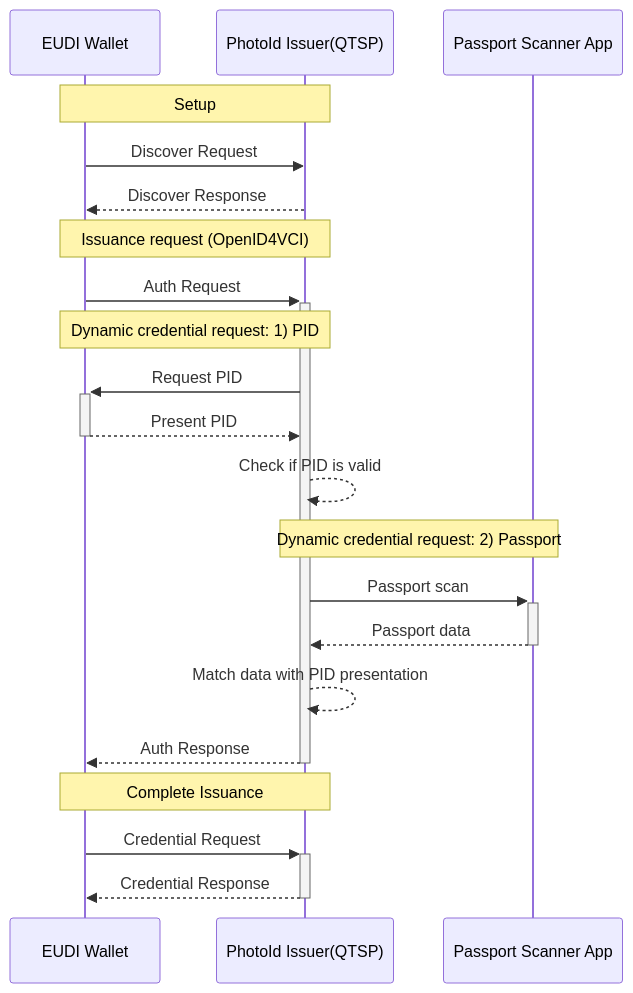
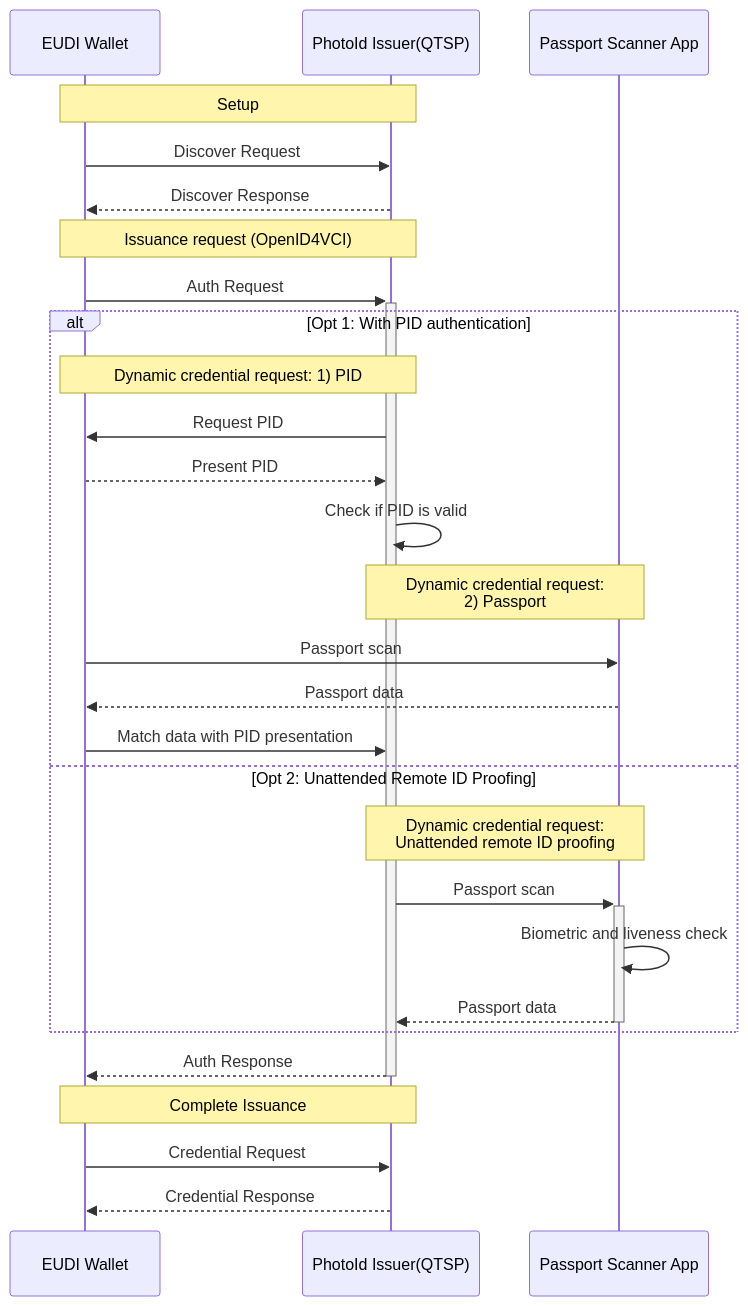
The diagram in ewc-rfc013-issue-photoid.md (EWC-consortium/eudi-wallet-rfcs), drawn with Mermaid before and after one commit. The commit also changed other lines of this file, not shown here.

Commit message:
Updated diagram and removed detailed one.

````diff
--- a/ewc-rfc013-issue-photoid.md
+++ b/ewc-rfc013-issue-photoid.md
@@ -147,32 +147,34 @@
 ```mermaid
 sequenceDiagram
-
-    participant W as EUDI Wallet
-    participant IS as PhotoId Issuer(QTSP)
-    participant PS as Passport Scanner App
+    participant Wallet as EUDI Wallet
+    participant Issuer as PhotoId Issuer(QTSP)
+    participant Scanner as Passport Scanner App
     
-    Note over W,IS: Setup
-
-    W->>IS: Discover Request
-    IS-->>W: Discover Response
-
-   
-    Note over W,IS: Issuance request (OpenID4VCI)
-    W->>+IS: Auth Request 
+    Note over Wallet, Issuer: Setup
+    Wallet->>Issuer: Discover Request
+    Issuer-->>Wallet: Discover Response
+    Note over Wallet, Issuer: Issuance request (OpenID4VCI)
+    Wallet->>+Issuer: Auth Request
     
-    Note over W,IS: Dynamic credential request: 1) PID
-    IS->>+W: Request PID 
-    W-->>-IS: Present PID
-    IS-->>IS: Check if PID is valid
+    alt Opt 1: With PID authentication
+        Note over Wallet,Issuer: Dynamic credential request: 1) PID
+        Issuer->>Wallet: Request PID
+        Wallet-->>Issuer: Present PID
+        Issuer->>Issuer: Check if PID is valid
+        
+        Note over Scanner,Issuer: Dynamic credential request: <br> 2) Passport
+        Wallet->>Scanner: Passport scan
+        Scanner-->>Wallet: Passport data
+        Wallet->>Issuer: Match data with PID presentation
+    else Opt 2: Unattended Remote ID Proofing
+        Note over Issuer,Scanner: Dynamic credential request: <br> Unattended remote ID proofing
+        Issuer->>+Scanner: Passport scan
+        Scanner->>Scanner: Biometric and liveness check
+        Scanner-->>-Issuer: Passport data
+    end
     
-    Note over PS,IS: Dynamic credential request: 2) Passport
-    IS->>+PS: Passport scan 
-    PS-->>-IS: Passport data
-    IS-->>IS: Match data with PID presentation
-    IS-->>-W: Auth Response 
-
-    Note over W,IS: Complete Issuance  
-    W->>+IS: Credential Request
-    IS-->>-W: Credential Response
-
+    Issuer-->>-Wallet: Auth Response
+    Note over Issuer,Wallet: Complete Issuance
+    Wallet->>Issuer: Credential Request
+    Issuer-->>Wallet: Credential Response
 ```
````
